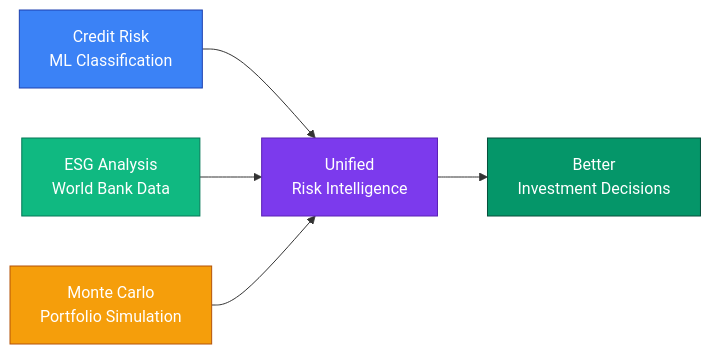
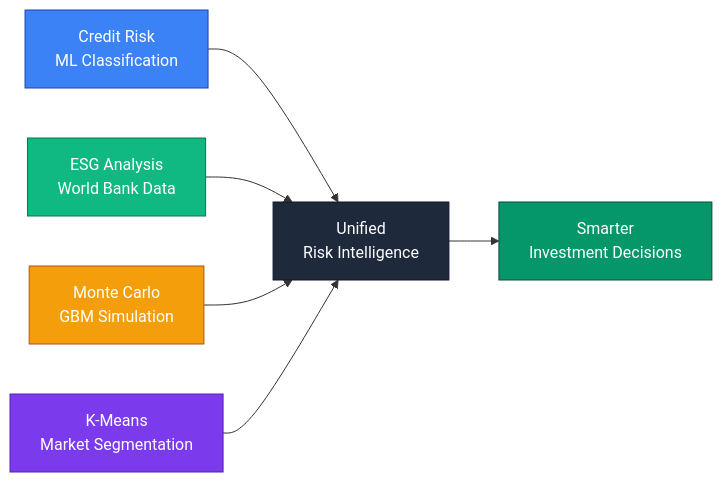
One commit to Vaibhav-S-Gowda/AI-Driven-Financial-Risk-Analysis-for-Sustainable-Economic-Growth changed the first of 2 diagrams in README.md. Above: the diagram before and after it, drawn with Mermaid. The commit also changed other lines of this file, not shown here.

Commit message:
docs: rewrite README to reflect current project architecture

````diff
--- a/README.md
+++ b/README.md
@@ -49,13 +46,15 @@
 ```mermaid
 graph LR
     A["Credit Risk<br/>ML Classification"] --> D["Unified<br/>Risk Intelligence"]
     B["ESG Analysis<br/>World Bank Data"] --> D
-    C["Monte Carlo<br/>Portfolio Simulation"] --> D
-    D --> E["Better<br/>Investment Decisions"]
+    C["Monte Carlo<br/>GBM Simulation"] --> D
+    E["K-Means<br/>Market Segmentation"] --> D
+    D --> F["Smarter<br/>Investment Decisions"]
 
     style A fill:#3B82F6,color:#fff,stroke:#1E40AF
     style B fill:#10B981,color:#fff,stroke:#047857
     style C fill:#F59E0B,color:#fff,stroke:#B45309
-    style D fill:#7C3AED,color:#fff,stroke:#5B21B6
-    style E fill:#059669,color:#fff,stroke:#064E3B
+    style E fill:#7C3AED,color:#fff,stroke:#5B21B6
+    style D fill:#1E293B,color:#fff,stroke:#0F172A
+    style F fill:#059669,color:#fff,stroke:#064E3B
 ```
````
